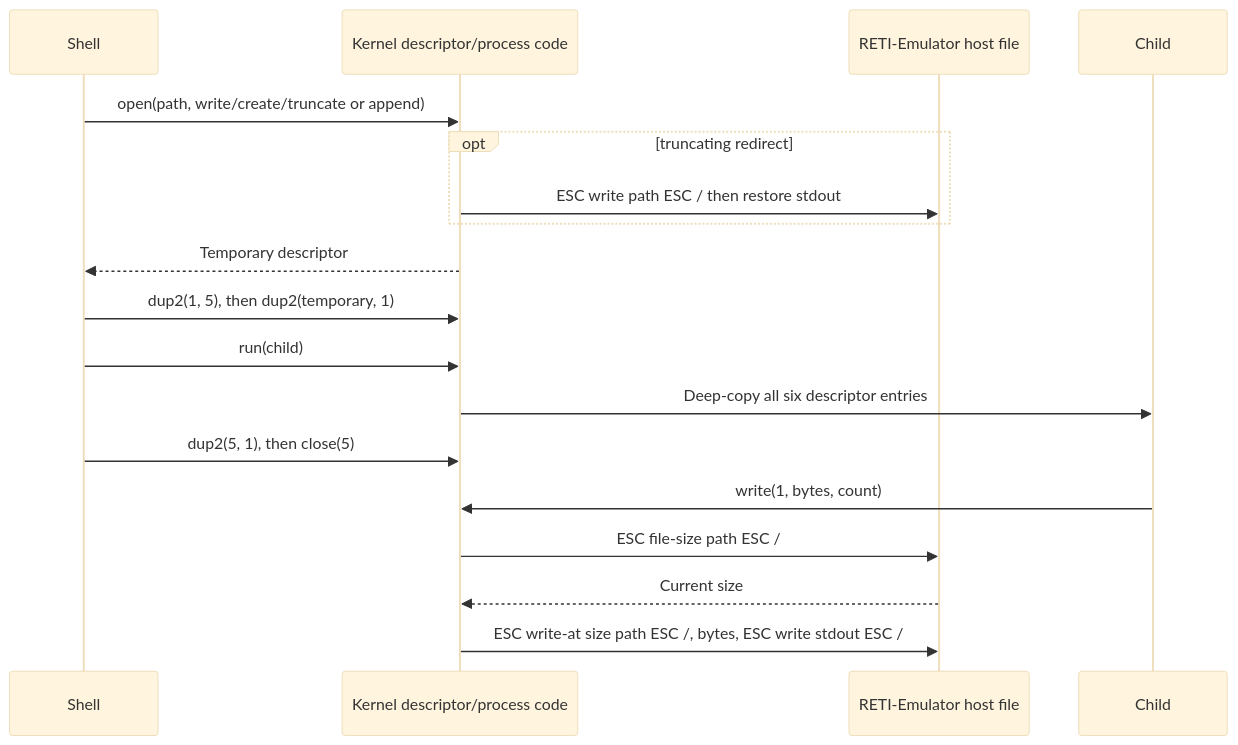
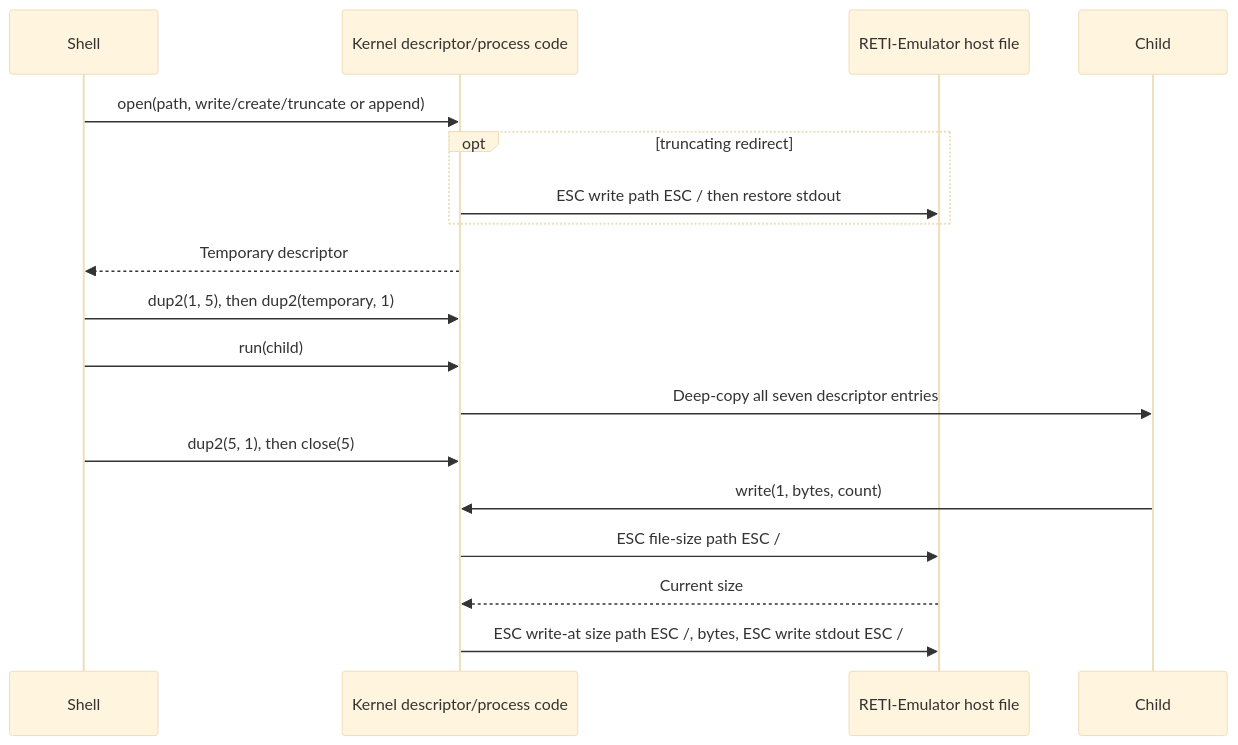
Diagram 22 of 24 in README.md (matthejue/Pico-OS), drawn with Mermaid (base theme) before and after one commit. The commit also changed other lines of this file and 24 other files, not shown here.

````diff
--- a/README.md
+++ b/README.md
@@ -2911,21 +2934,21 @@
 ```mermaid
 sequenceDiagram
     participant S as Shell
     participant K as Kernel descriptor/process code
     participant H as RETI-Emulator host file
     participant C as Child
 
     S->>K: open(path, write/create/truncate or append)
     opt truncating redirect
         K->>H: ESC write path ESC / then restore stdout
     end
     K-->>S: Temporary descriptor
     S->>K: dup2(1, 5), then dup2(temporary, 1)
     S->>K: run(child)
-    K->>C: Deep-copy all six descriptor entries
+    K->>C: Deep-copy all seven descriptor entries
     S->>K: dup2(5, 1), then close(5)
     C->>K: write(1, bytes, count)
     K->>H: ESC file-size path ESC /
     H-->>K: Current size
     K->>H: ESC write-at size path ESC /, bytes, ESC write stdout ESC /
 ```
````
